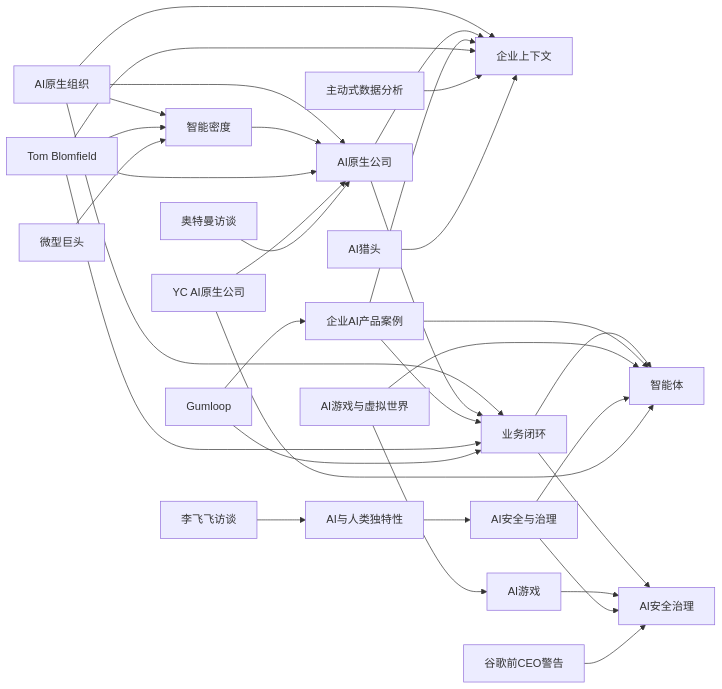
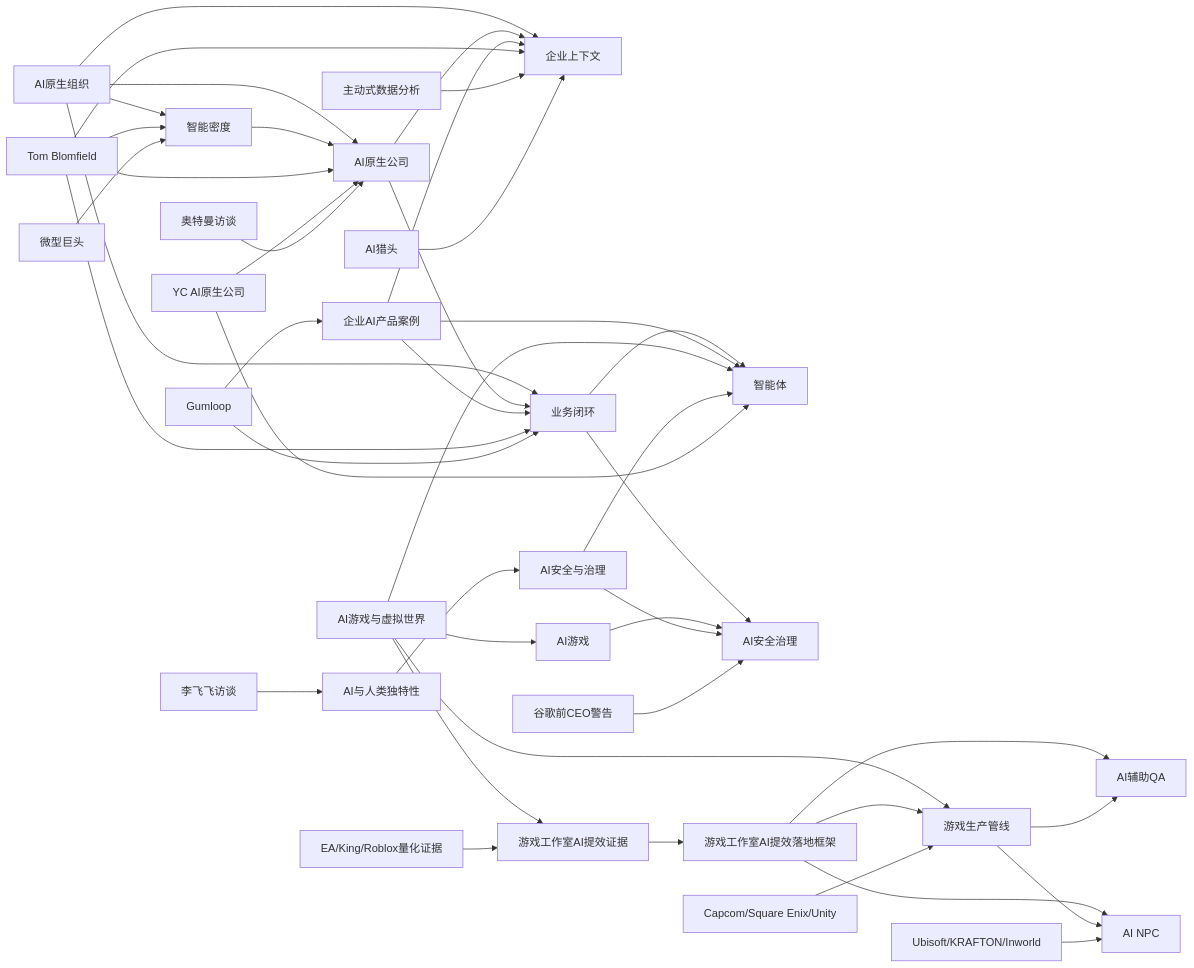
Before and after one commit to lyingbird/knowledge-base: the diagram in wiki/knowledge-graph.md, drawn with Mermaid. The commit also changed other lines of this file and 12 other files, not shown here.

Commit message:
Add game studio AI productivity intel

````diff
--- a/wiki/knowledge-graph.md
+++ b/wiki/knowledge-graph.md
@@ -5,39 +5,50 @@
 ```mermaid
 graph LR
   AIOrg[AI原生组织] --> AINative[AI原生公司]
   AIOrg --> Context[企业上下文]
   AIOrg --> Loop[业务闭环]
   AIOrg --> Density[智能密度]
   AINative --> Context
   AINative --> Loop
   Loop --> Agent[智能体]
   Loop --> Governance[AI安全治理]
   Density --> AINative
 
   Enterprise[企业AI产品案例] --> Agent
   Enterprise --> Loop
   Enterprise --> Context
 
   GameTopic[AI游戏与虚拟世界] --> AIGame[AI游戏]
   GameTopic --> Agent
+  GameTopic --> GamePipeline[游戏生产管线]
+  GameTopic --> GameIntel[游戏工作室AI提效证据]
+  GameIntel --> GameFramework[游戏工作室AI提效落地框架]
+  GameFramework --> GameQA[AI辅助QA]
+  GameFramework --> AINPC[AI NPC]
+  GameFramework --> GamePipeline
   AIGame --> Governance
+  GamePipeline --> GameQA
+  GamePipeline --> AINPC
 
   Safety[AI安全与治理] --> Governance
   Safety --> Agent
   Human[AI与人类独特性] --> Safety
 
   Tom[Tom Blomfield] --> AINative
   Tom --> Context
   Tom --> Loop
   Tom --> Density
   YC[YC AI原生公司] --> AINative
   YC --> Agent
   Micro[微型巨头] --> Density
   Gumloop[Gumloop] --> Enterprise
   Gumloop --> Loop
   Data[主动式数据分析] --> Context
   Headhunt[AI猎头] --> Context
   Altman[奥特曼访谈] --> AINative
   Schmidt[谷歌前CEO警告] --> Governance
   LiFeifei[李飞飞访谈] --> Human
+  EA[EA/King/Roblox量化证据] --> GameIntel
+  Ubisoft[Ubisoft/KRAFTON/Inworld] --> AINPC
+  Capcom[Capcom/Square Enix/Unity] --> GamePipeline
 ```
````
